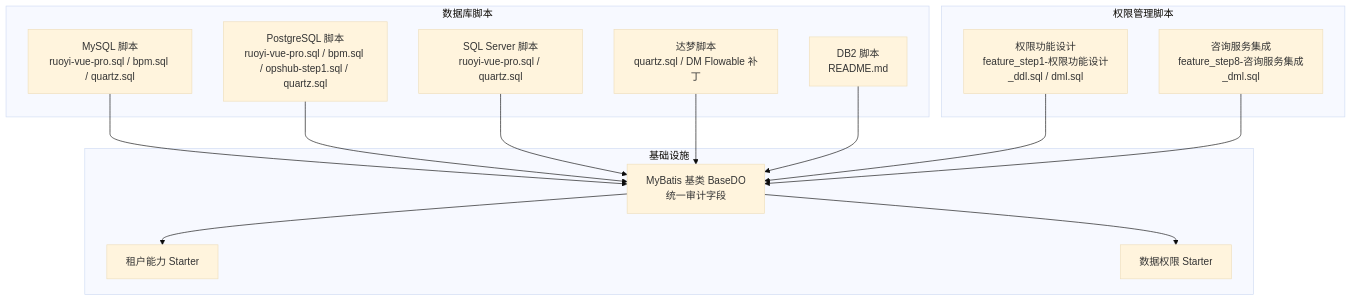
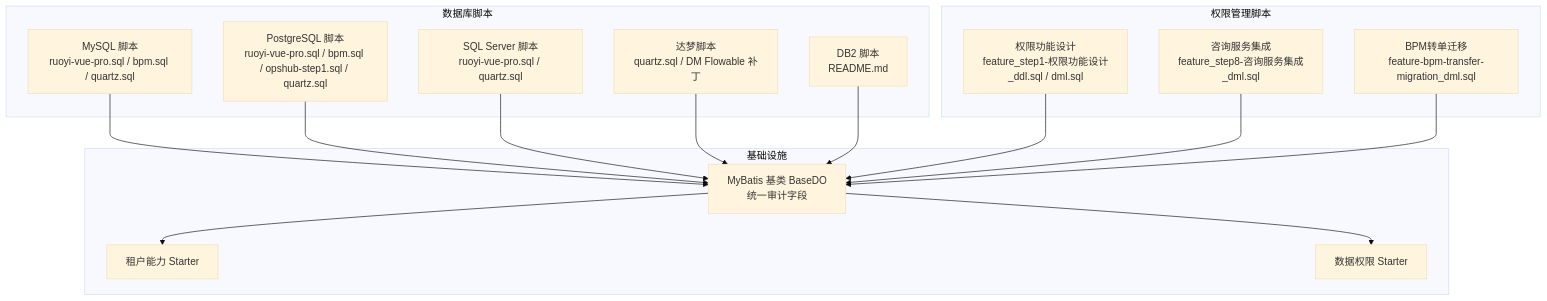
The first of 9 diagrams in .qoder/repowiki/zh/content/数据库设计/数据库设计.md (xiaoche80s-tech/rouyi-vue-pro), drawn with Mermaid (base theme) before and after one commit. The commit also changed other lines of this file and 977 other files, not shown here.

````diff
--- a/.qoder/repowiki/zh/content/数据库设计/数据库设计.md
+++ b/.qoder/repowiki/zh/content/数据库设计/数据库设计.md
@@ -88,28 +98,30 @@
 ```mermaid
 graph TB
 subgraph "数据库脚本"
 M["MySQL 脚本<br/>ruoyi-vue-pro.sql / bpm.sql / quartz.sql"]
 P["PostgreSQL 脚本<br/>ruoyi-vue-pro.sql / bpm.sql / opshub-step1.sql / quartz.sql"]
 S["SQL Server 脚本<br/>ruoyi-vue-pro.sql / quartz.sql"]
 D["达梦脚本<br/>quartz.sql / DM Flowable 补丁"]
 DB2["DB2 脚本<br/>README.md"]
 end
 subgraph "权限管理脚本"
 F1["权限功能设计<br/>feature_step1-权限功能设计_ddl.sql / dml.sql"]
 F2["咨询服务集成<br/>feature_step8-咨询服务集成_dml.sql"]
+F3["BPM转单迁移<br/>feature-bpm-transfer-migration_dml.sql"]
 end
 subgraph "基础设施"
 F["MyBatis 基类 BaseDO<br/>统一审计字段"]
 T["租户能力 Starter"]
 DP["数据权限 Starter"]
 end
 M --> F
 P --> F
 S --> F
 D --> F
 DB2 --> F
 F1 --> F
 F2 --> F
+F3 --> F
 F --> T
 F --> DP
 ```
````
